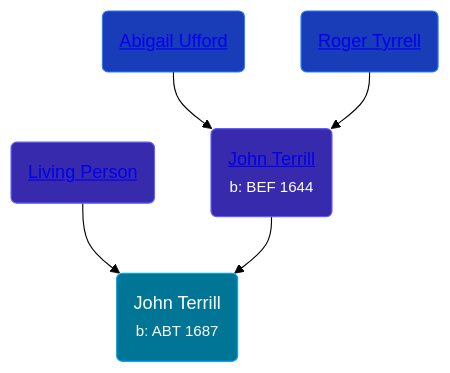
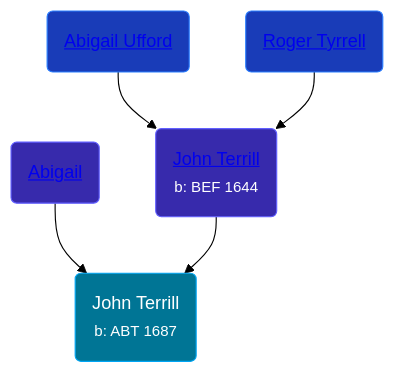
One commit to wpmgotkh/wpmgotkh.github.io changed the diagram in pages/people/1/13695735.md. Above: the diagram before and after it, drawn with Mermaid (forest theme). The commit also changed other lines of this file and 586 other files, not shown here.

Commit message:
feat: better shouldConsiderPersonLiving algo

````diff
--- a/pages/people/1/13695735.md
+++ b/pages/people/1/13695735.md
@@ -10,11 +10,11 @@
 ```mermaid
 graph
 classDef grands fill:#193cb8,stroke:#2b7fff,stroke-width:1px,color:#fff;
 classDef parents fill:#372aac,stroke:#615fff,stroke-width:1px,color:#fff;
 classDef primary fill:#007595,stroke:#00a6f4,stroke-width:1px,color:#fff;
 13695735(John Terrill<br /><small>b: ABT 1687</small>):::primary
-48582652(<a class="text-white" href="/people/4/48582652">Living Person</a>):::parents-->13695735
+48582652(<a class="text-white" href="/people/4/48582652">Abigail </a>):::parents-->13695735
 65221157(<a class="text-white" href="/people/6/65221157">John Terrill</a><br /><small>b: BEF 1644</small>):::parents-->13695735
 99473444(<a class="text-white" href="/people/9/99473444">Abigail Ufford</a>):::grands-->65221157
 2108514(<a class="text-white" href="/people/2/2108514">Roger Tyrrell</a>):::grands-->65221157
 ```
````
